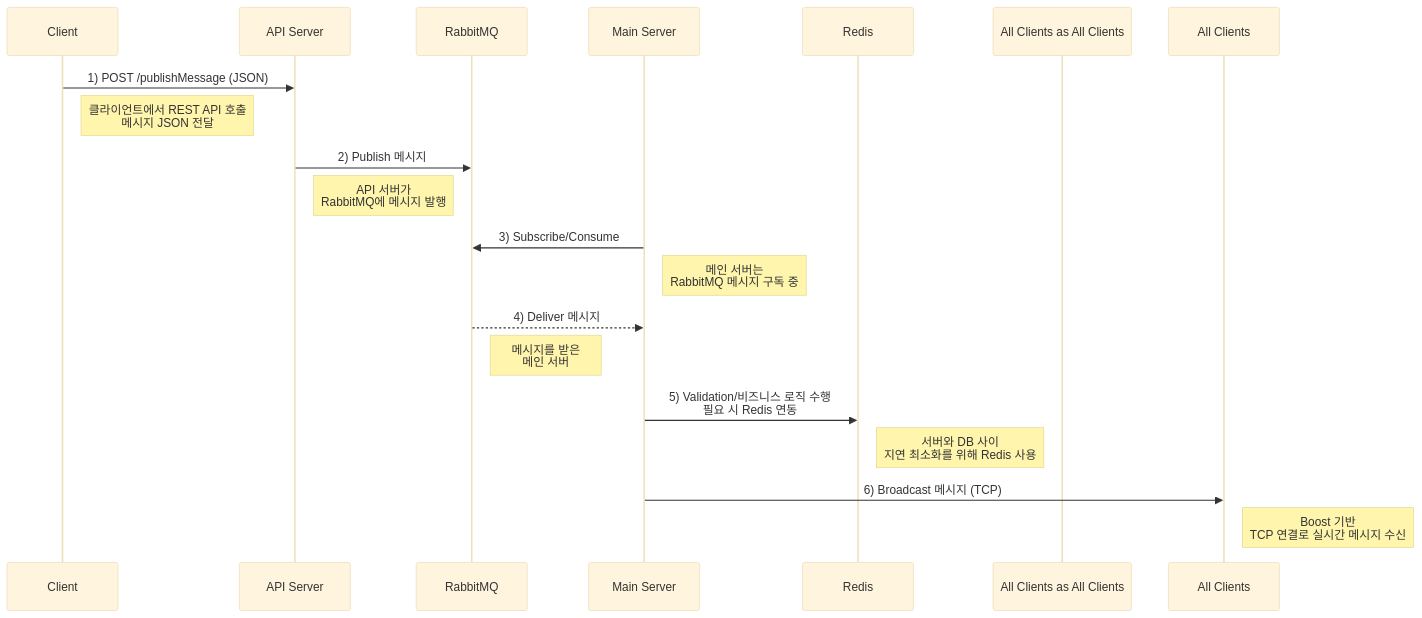
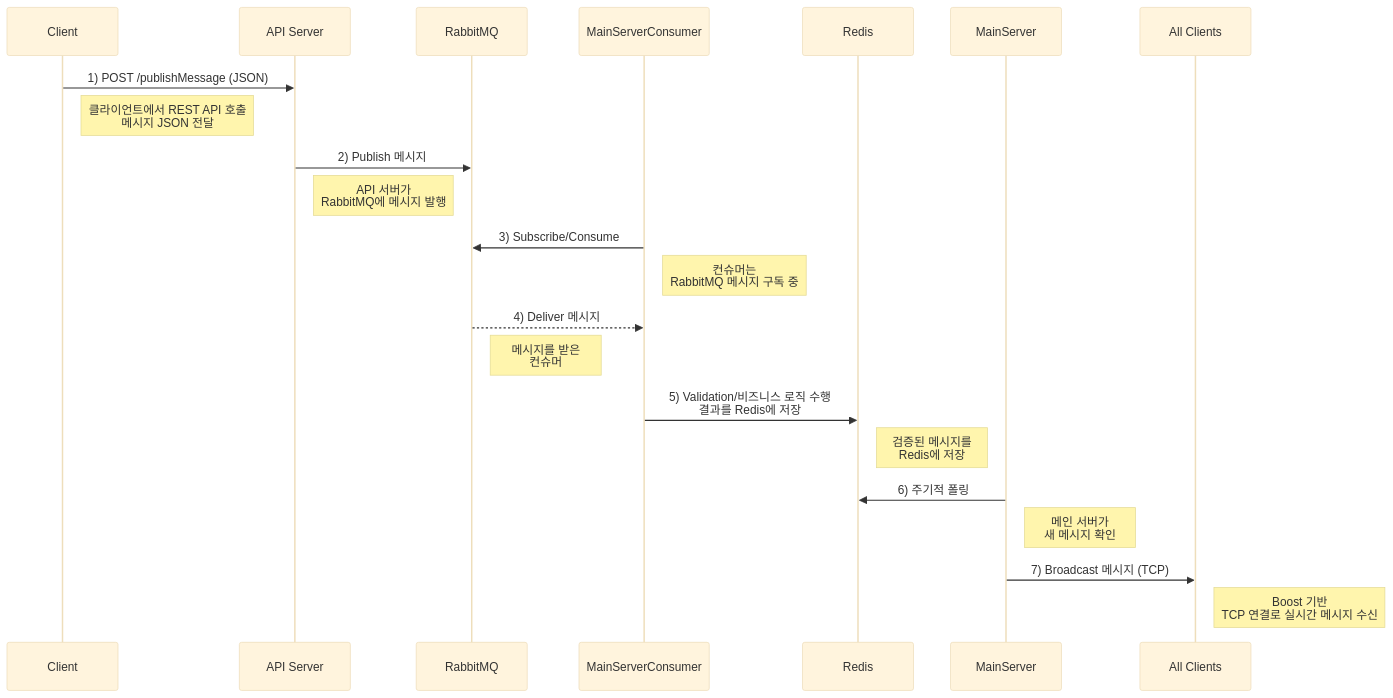
One commit to ngee044/RealTimeMessageChat changed the first of 6 diagrams in README.md. Above: the diagram before and after it, drawn with Mermaid (base theme). The commit also changed other lines of this file, not shown here.

````diff
--- a/README.md
+++ b/README.md
@@ -32,27 +372,31 @@
 ```mermaid
 sequenceDiagram
     participant Client as Client
     participant APIServer as API Server
     participant MQ as RabbitMQ
-    participant MainServer as Main Server
+    participant Consumer as MainServerConsumer
     participant Redis as Redis
-    participant All Clients as All Clients
+    participant MainServer as MainServer
+    participant AllClients as All Clients
 
     Client->>APIServer: 1) POST /publishMessage (JSON)
     note right of Client: 클라이언트에서 REST API 호출<br>메시지 JSON 전달
 
     APIServer->>MQ: 2) Publish 메시지
     note right of APIServer: API 서버가<br>RabbitMQ에 메시지 발행
 
-    MainServer->>MQ: 3) Subscribe/Consume
-    note right of MainServer: 메인 서버는<br>RabbitMQ 메시지 구독 중
+    Consumer->>MQ: 3) Subscribe/Consume
+    note right of Consumer: 컨슈머는<br>RabbitMQ 메시지 구독 중
 
-    MQ-->>MainServer: 4) Deliver 메시지
-    note right of MQ: 메시지를 받은<br>메인 서버
+    MQ-->>Consumer: 4) Deliver 메시지
+    note right of MQ: 메시지를 받은<br>컨슈머
 
-    MainServer->>Redis: 5) Validation/비즈니스 로직 수행<br>필요 시 Redis 연동
-    note right of Redis: 서버와 DB 사이<br>지연 최소화를 위해 Redis 사용
+    Consumer->>Redis: 5) Validation/비즈니스 로직 수행<br>결과를 Redis에 저장
+    note right of Redis: 검증된 메시지를<br>Redis에 저장
 
-    MainServer->>All Clients: 6) Broadcast 메시지 (TCP)
-    note right of All Clients: Boost 기반<br>TCP 연결로 실시간 메시지 수신
+    MainServer->>Redis: 6) 주기적 폴링
+    note right of MainServer: 메인 서버가<br>새 메시지 확인
+
+    MainServer->>AllClients: 7) Broadcast 메시지 (TCP)
+    note right of AllClients: Boost 기반<br>TCP 연결로 실시간 메시지 수신
 ```
````
